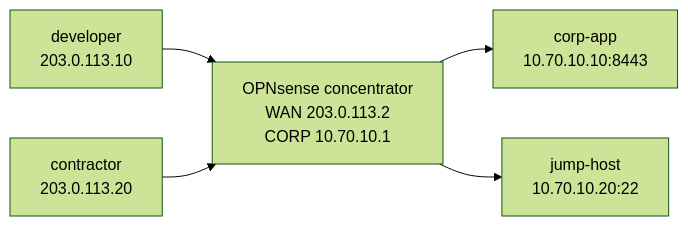
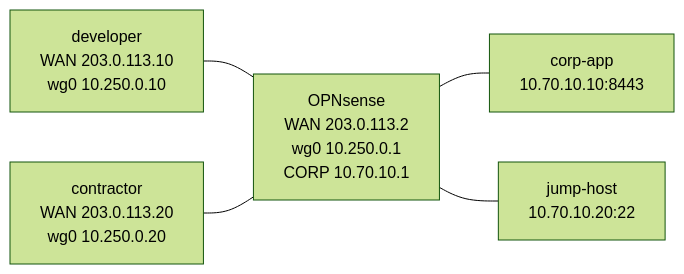
Before and after one commit to jschless/networkingLabs: the diagram in labs/opnsense-remote-access-concentrator/README.md, drawn with Mermaid (forest theme). The commit also changed other lines of this file and 281 other files, not shown here.

````diff
--- a/labs/opnsense-remote-access-concentrator/README.md
+++ b/labs/opnsense-remote-access-concentrator/README.md
@@ -16,7 +33,7 @@
 ```mermaid
 flowchart LR
-    dev["developer<br/>203.0.113.10"] --> fw["OPNsense concentrator<br/>WAN 203.0.113.2<br/>CORP 10.70.10.1"]
-    contractor["contractor<br/>203.0.113.20"] --> fw
-    fw --> app["corp-app<br/>10.70.10.10:8443"]
-    fw --> jump["jump-host<br/>10.70.10.20:22"]
+    dev["developer<br/>WAN 203.0.113.10<br/>wg0 10.250.0.10"] --- fw["OPNsense<br/>WAN 203.0.113.2<br/>wg0 10.250.0.1<br/>CORP 10.70.10.1"]
+    contractor["contractor<br/>WAN 203.0.113.20<br/>wg0 10.250.0.20"] --- fw
+    fw --- app["corp-app<br/>10.70.10.10:8443"]
+    fw --- jump["jump-host<br/>10.70.10.20:22"]
 ```
````
